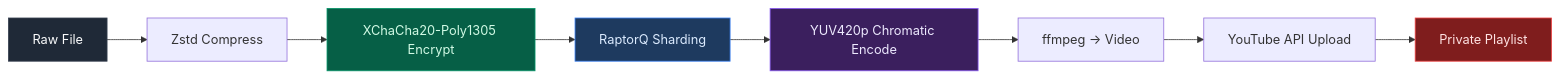
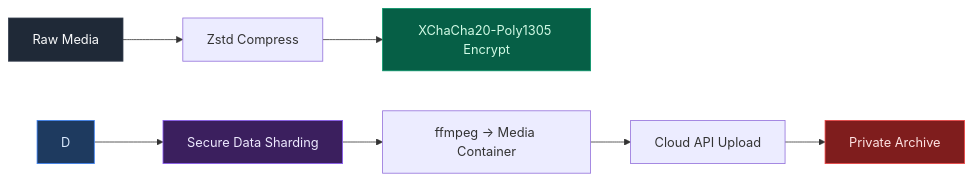
One commit to KOUSSEMON-Aurel/Nexus-Storage changed the first of 3 diagrams in README.md. Above: the diagram before and after it, drawn with Mermaid. The commit also changed other lines of this file, not shown here.

````diff
--- a/README.md
+++ b/README.md
@@ -94,16 +94,15 @@
 ```mermaid
 graph LR
-    A[Raw File] --> B[Zstd Compress]
+    A[Raw Media] --> B[Zstd Compress]
     B --> C[XChaCha20-Poly1305 Encrypt]
-    C --> D[RaptorQ Sharding]
-    D --> E[YUV420p Chromatic Encode]
-    E --> F[ffmpeg → Video]
-    F --> G[YouTube API Upload]
-    G --> H[Private Playlist]
+    D --> E[Secure Data Sharding]
+    E --> F[ffmpeg → Media Container]
+    F --> G[Cloud API Upload]
+    G --> H[Private Archive]
 
     style A fill:#1F2937,color:#F9FAFB,stroke:#374151
     style C fill:#065F46,color:#D1FAE5,stroke:#059669
     style D fill:#1E3A5F,color:#DBEAFE,stroke:#3B82F6
     style E fill:#3B1F5E,color:#EDE9FE,stroke:#8B5CF6
     style H fill:#7F1D1D,color:#FEE2E2,stroke:#EF4444
 ```
````
